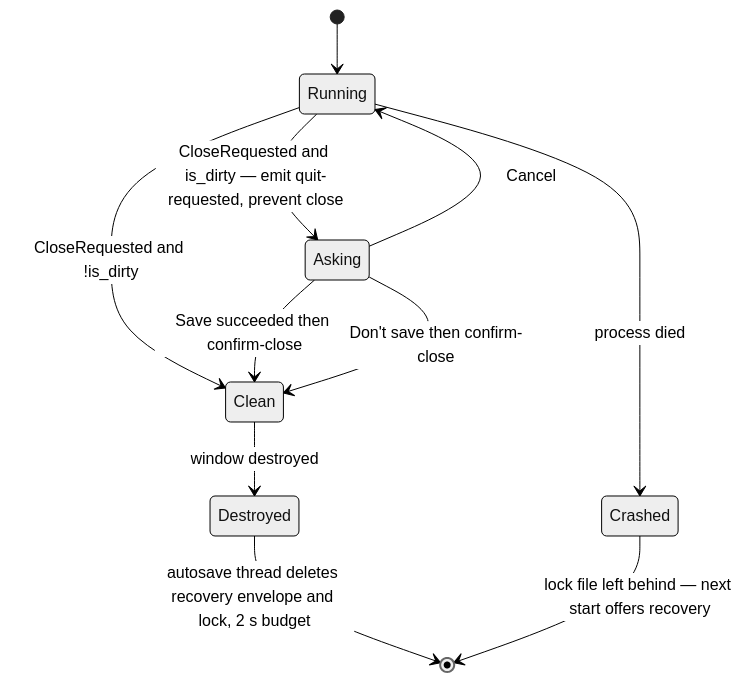
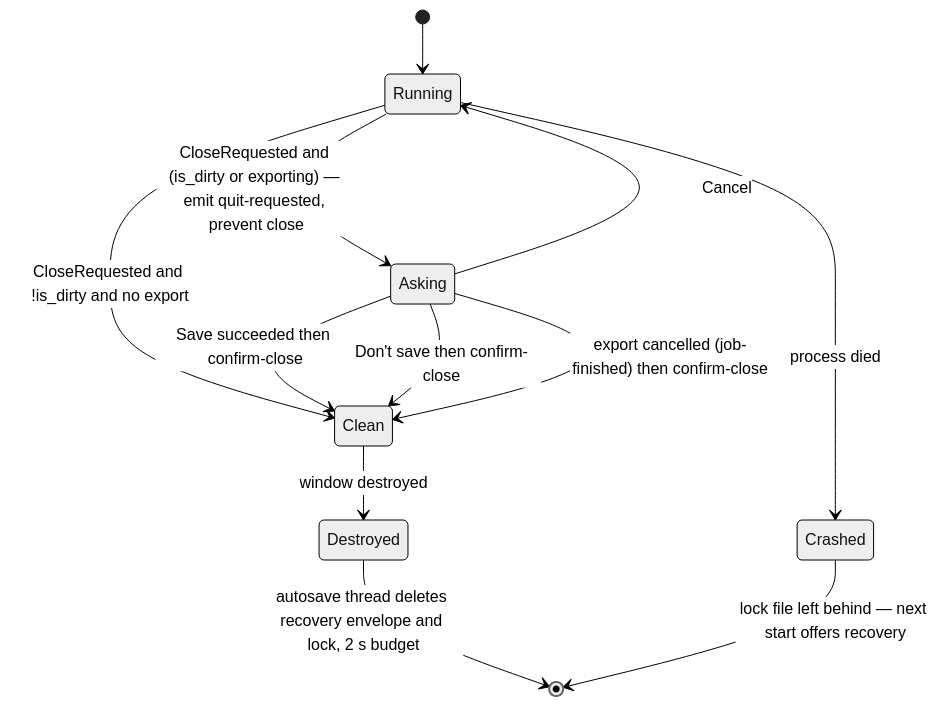
The second of 2 diagrams in docs/architecture/diagrams/010-startup-and-shutdown.md (emicon123/cutframe), drawn with Mermaid (neutral theme) before and after one commit. The commit also changed 26 other files, not shown here.

````diff
--- a/docs/architecture/diagrams/010-startup-and-shutdown.md
+++ b/docs/architecture/diagrams/010-startup-and-shutdown.md
@@ -60,13 +60,14 @@
 ```mermaid
 stateDiagram-v2
   [*] --> Running
-  Running --> Clean: CloseRequested and !is_dirty
-  Running --> Asking: CloseRequested and is_dirty — emit quit-requested, prevent close
+  Running --> Clean: CloseRequested and !is_dirty and no export
+  Running --> Asking: CloseRequested and (is_dirty or exporting) — emit quit-requested, prevent close
   Asking --> Running: Cancel
   Asking --> Clean: Save succeeded then confirm-close
   Asking --> Clean: Don't save then confirm-close
+  Asking --> Clean: export cancelled (job-finished) then confirm-close
   Clean --> Destroyed: window destroyed
   Destroyed --> [*]: autosave thread deletes recovery envelope and lock, 2 s budget
   Running --> Crashed: process died
   Crashed --> [*]: lock file left behind — next start offers recovery
 ```
````
